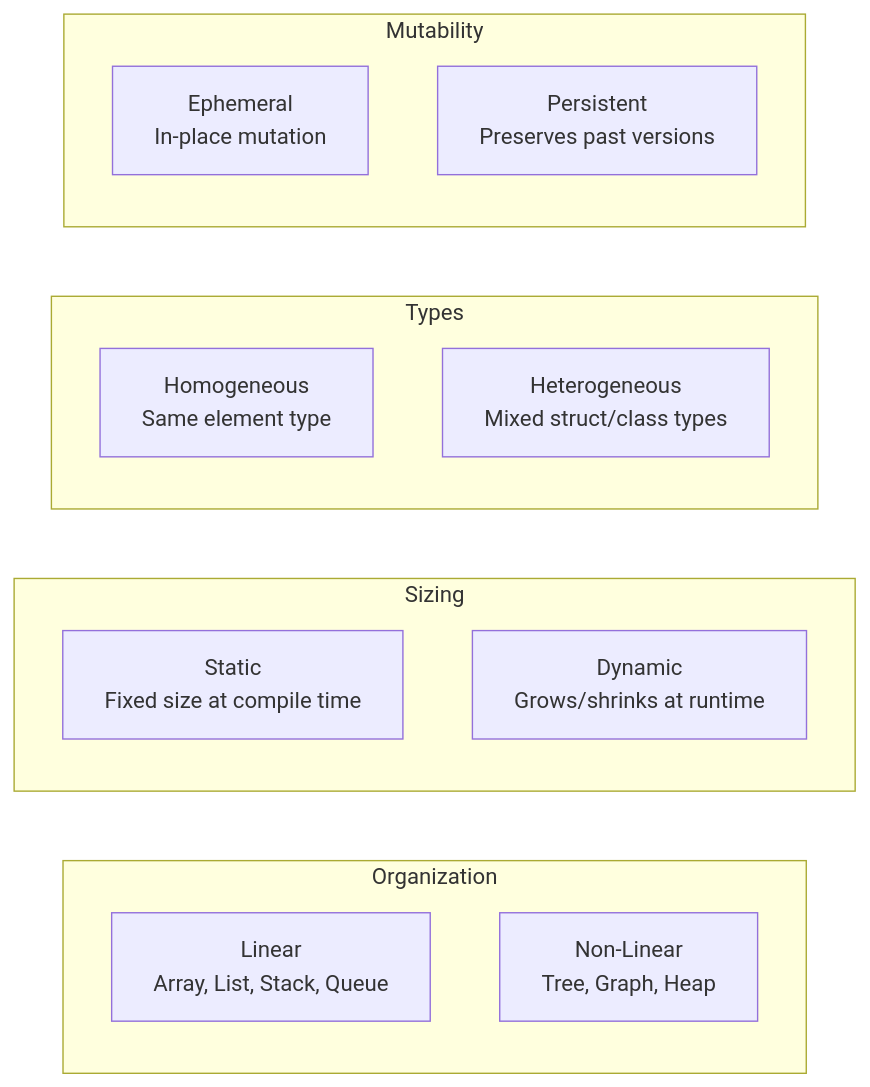
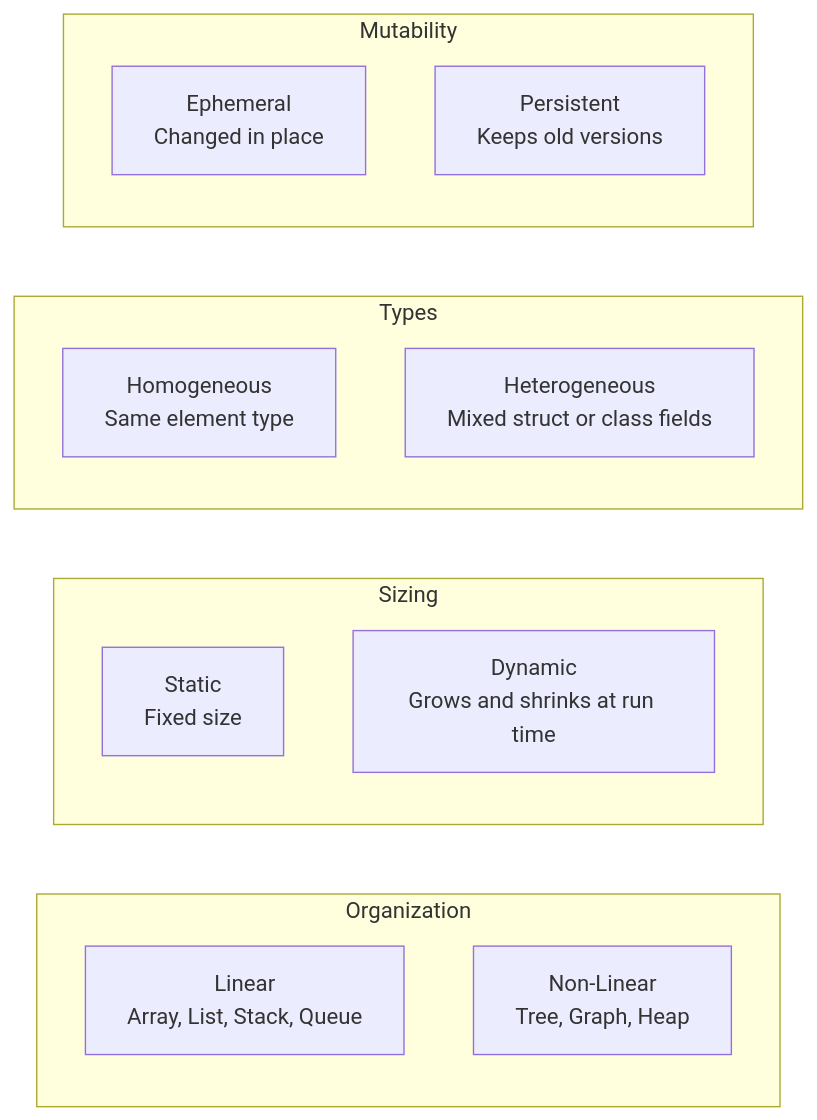
One commit to shimulshoishob/DataStructure_and_Algorithm changed the second of 4 diagrams in README.md. Above: the diagram before and after it, drawn with Mermaid. The commit also changed other lines of this file, not shown here.

````diff
--- a/README.md
+++ b/README.md
@@ -158,19 +186,19 @@
 ```mermaid
 flowchart LR
     subgraph Organization
-        Linear[Linear<br>Array, List, Stack, Queue]
-        NonLinear[Non-Linear<br>Tree, Graph, Heap]
+        Linear["Linear<br/>Array, List, Stack, Queue"]
+        NonLinear["Non-Linear<br/>Tree, Graph, Heap"]
     end
     subgraph Sizing
-        Static[Static<br>Fixed size at compile time]
-        Dynamic[Dynamic<br>Grows/shrinks at runtime]
+        Static["Static<br/>Fixed size"]
+        Dynamic["Dynamic<br/>Grows and shrinks at run time"]
     end
     subgraph Types
-        Homogeneous[Homogeneous<br>Same element type]
-        Heterogeneous[Heterogeneous<br>Mixed struct/class types]
+        Homogeneous["Homogeneous<br/>Same element type"]
+        Heterogeneous["Heterogeneous<br/>Mixed struct or class fields"]
     end
     subgraph Mutability
-        Ephemeral[Ephemeral<br>In-place mutation]
-        Persistent[Persistent<br>Preserves past versions]
+        Ephemeral["Ephemeral<br/>Changed in place"]
+        Persistent["Persistent<br/>Keeps old versions"]
     end
 ```
````
